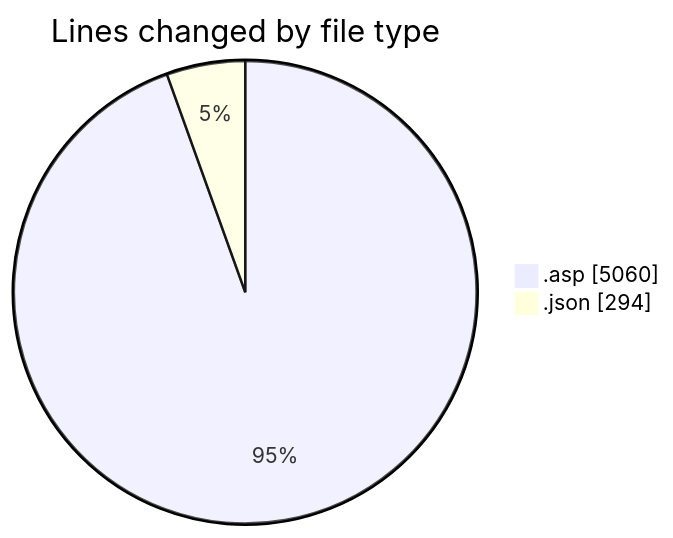
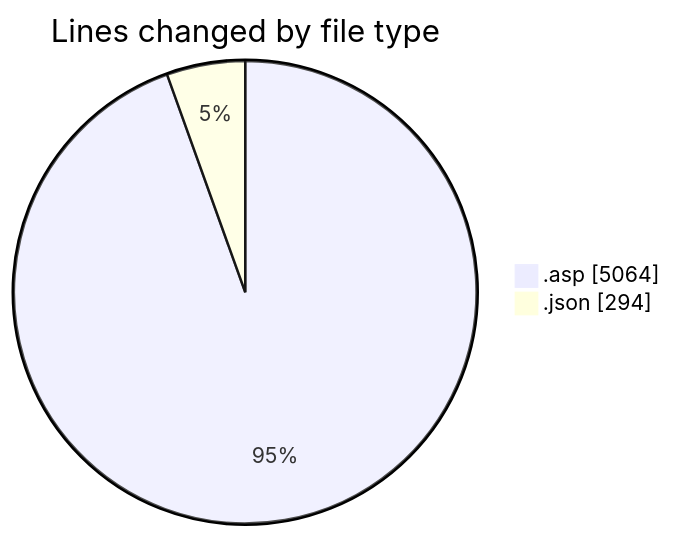
Before and after one commit to julien-gomy/code-tracking: the first of 2 diagrams in 2025-10-27/usr_aleoudev_fr__workspace_/README.md, drawn with Mermaid. The commit also changed other lines of this file and 1 other file, not shown here.

````diff
--- a/2025-10-27/usr_aleoudev_fr__workspace_/README.md
+++ b/2025-10-27/usr_aleoudev_fr__workspace_/README.md
@@ -25,6 +25,6 @@
 ```mermaid
 pie showData
 title Lines changed by file type
-".asp" : 5060
+".asp" : 5064
 ".json" : 294
 ```
````
